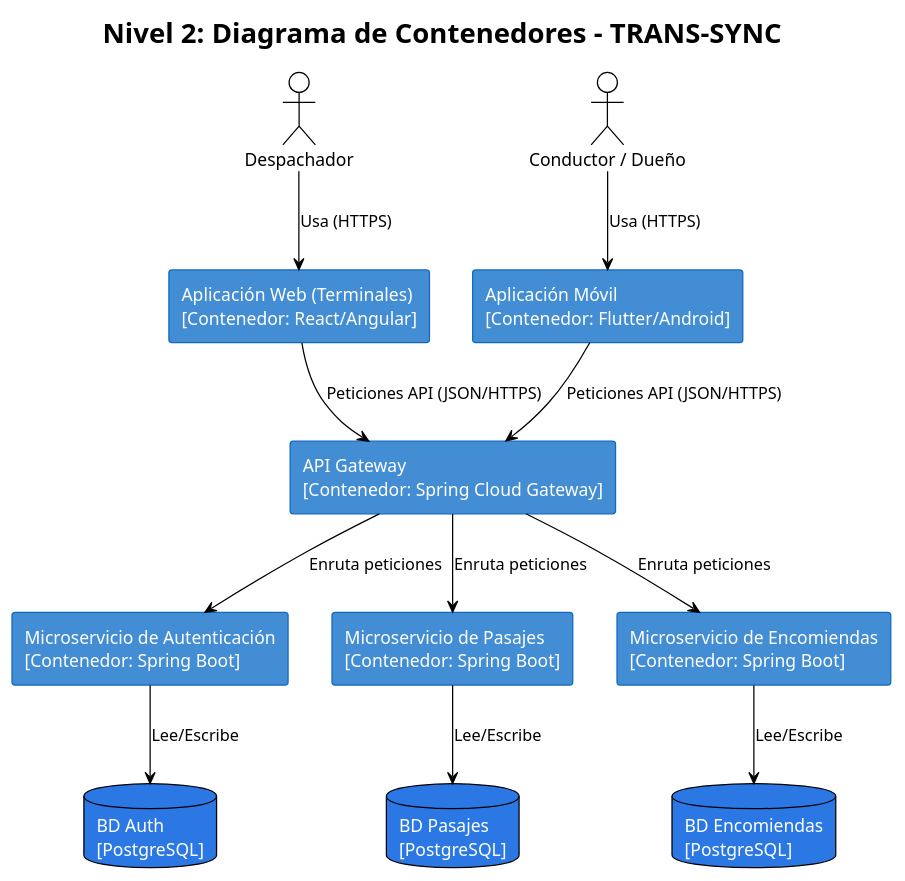
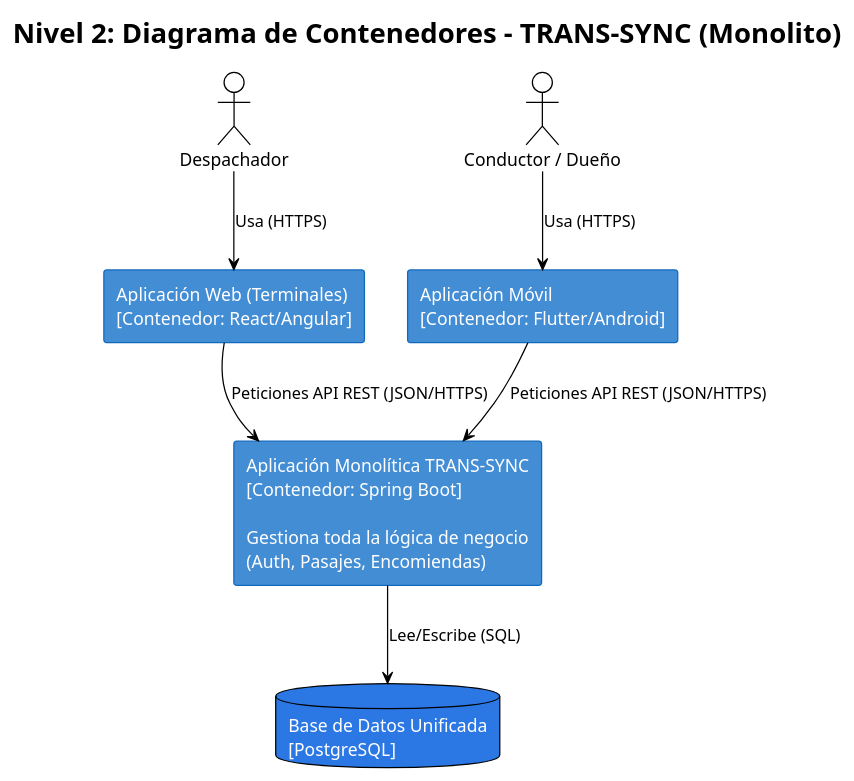
Before and after one commit to FloppaFlopita/TRANS_SYNC_DOCS: the diagram in 1-MODELO_C4/Nivel_2_Contexto/c4_nivel2_contenedores.puml, drawn with PlantUML. The commit also changed 24 other files, not shown here.

```diff
--- a/1-MODELO_C4/Nivel_2_Contexto/c4_nivel2_contenedores.puml
+++ b/1-MODELO_C4/Nivel_2_Contexto/c4_nivel2_contenedores.puml
@@ -1,43 +1,32 @@
 @startuml
 !theme plain
 skinparam rectangle {
     BackgroundColor #438dd5
     FontColor white
     BorderColor #1168bd
 }
 skinparam database {
     BackgroundColor #2b78e4
     FontColor white
 }
 
-title Nivel 2: Diagrama de Contenedores - TRANS-SYNC
+title Nivel 2: Diagrama de Contenedores - TRANS-SYNC (Monolito)
 
 actor "Despachador" as despachador
 actor "Conductor / Dueño" as movil_user
 
 rectangle "Aplicación Web (Terminales)\n[Contenedor: React/Angular]" as web
 rectangle "Aplicación Móvil\n[Contenedor: Flutter/Android]" as app
-rectangle "API Gateway\n[Contenedor: Spring Cloud Gateway]" as api
 
-rectangle "Microservicio de Autenticación\n[Contenedor: Spring Boot]" as ms_auth
-rectangle "Microservicio de Pasajes\n[Contenedor: Spring Boot]" as ms_pasajes
-rectangle "Microservicio de Encomiendas\n[Contenedor: Spring Boot]" as ms_encomiendas
+rectangle "Aplicación Monolítica TRANS-SYNC\n[Contenedor: Spring Boot]\n\nGestiona toda la lógica de negocio\n(Auth, Pasajes, Encomiendas)" as monolito
 
-database "BD Auth\n[PostgreSQL]" as bd_auth
-database "BD Pasajes\n[PostgreSQL]" as bd_pasajes
-database "BD Encomiendas\n[PostgreSQL]" as bd_encomiendas
+database "Base de Datos Unificada\n[PostgreSQL]" as bd_central
 
 despachador --> web : Usa (HTTPS)
 movil_user --> app : Usa (HTTPS)
 
-web --> api : Peticiones API (JSON/HTTPS)
-app --> api : Peticiones API (JSON/HTTPS)
+web --> monolito : Peticiones API REST (JSON/HTTPS)
+app --> monolito : Peticiones API REST (JSON/HTTPS)
 
-api --> ms_auth : Enruta peticiones
-api --> ms_pasajes : Enruta peticiones
-api --> ms_encomiendas : Enruta peticiones
-
-ms_auth --> bd_auth : Lee/Escribe
-ms_pasajes --> bd_pasajes : Lee/Escribe
-ms_encomiendas --> bd_encomiendas : Lee/Escribe
+monolito --> bd_central : Lee/Escribe (SQL)
 @enduml
```
